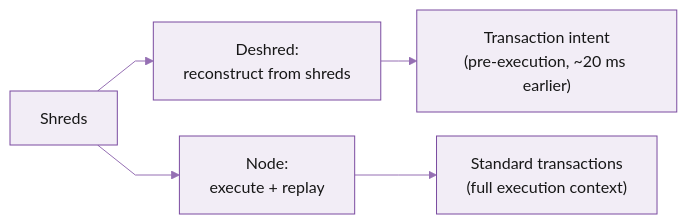
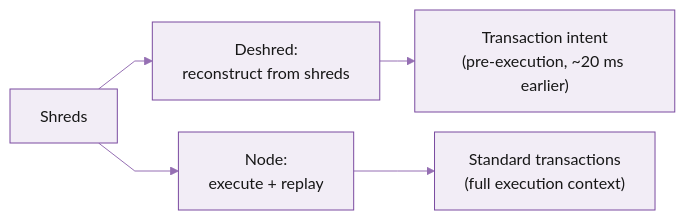
Before and after one commit to praptisharma28/triton-docs-v5: the diagram in documentation/real-time-streaming/deshred-transactions.md, drawn with Mermaid. The commit also changed 5 other files, not shown here.

Commit message:
Definitive Triton chart style: one shared init (palette + 20/35 spacing), all flowchart LR (horizontal + minimal vertical), unified 'Your app' blue box; collapse Cloudbreak inputs + Fumarole nodes into single boxes; standardize Deshred + intra-slot init

````diff
--- a/documentation/real-time-streaming/deshred-transactions.md
+++ b/documentation/real-time-streaming/deshred-transactions.md
@@ -17,8 +17,8 @@
 ```mermaid
-%%{init: {'theme':'base','themeVariables':{'primaryColor':'#F2EDF6','primaryBorderColor':'#7A4BA0','primaryTextColor':'#171717','lineColor':'#956FB3','secondaryColor':'#E4DBEC','tertiaryColor':'#D7C9E3'},'flowchart':{'nodeSpacing':24,'rankSpacing':36,'curve':'linear'}}}%%
+%%{init: {'theme':'base','themeVariables':{'primaryColor':'#F2EDF6','primaryBorderColor':'#7A4BA0','primaryTextColor':'#171717','lineColor':'#956FB3','secondaryColor':'#E4DBEC','tertiaryColor':'#D7C9E3'},'flowchart':{'nodeSpacing':20,'rankSpacing':35,'curve':'linear'}}}%%
 flowchart LR
     s["Shreds"] --> d["Deshred:<br/>reconstruct from shreds"]
     s --> e["Node:<br/>execute + replay"]
     d --> i["Transaction intent<br/>(pre-execution, ~20 ms earlier)"]
     e --> t["Standard transactions<br/>(full execution context)"]
 ```
````
